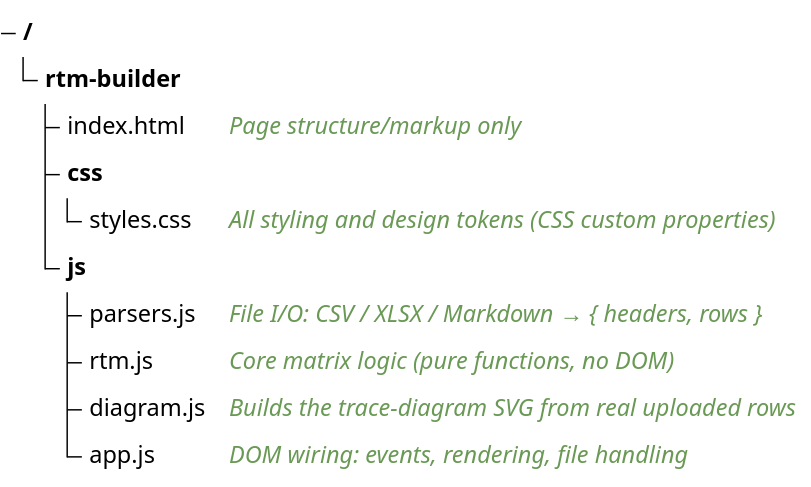
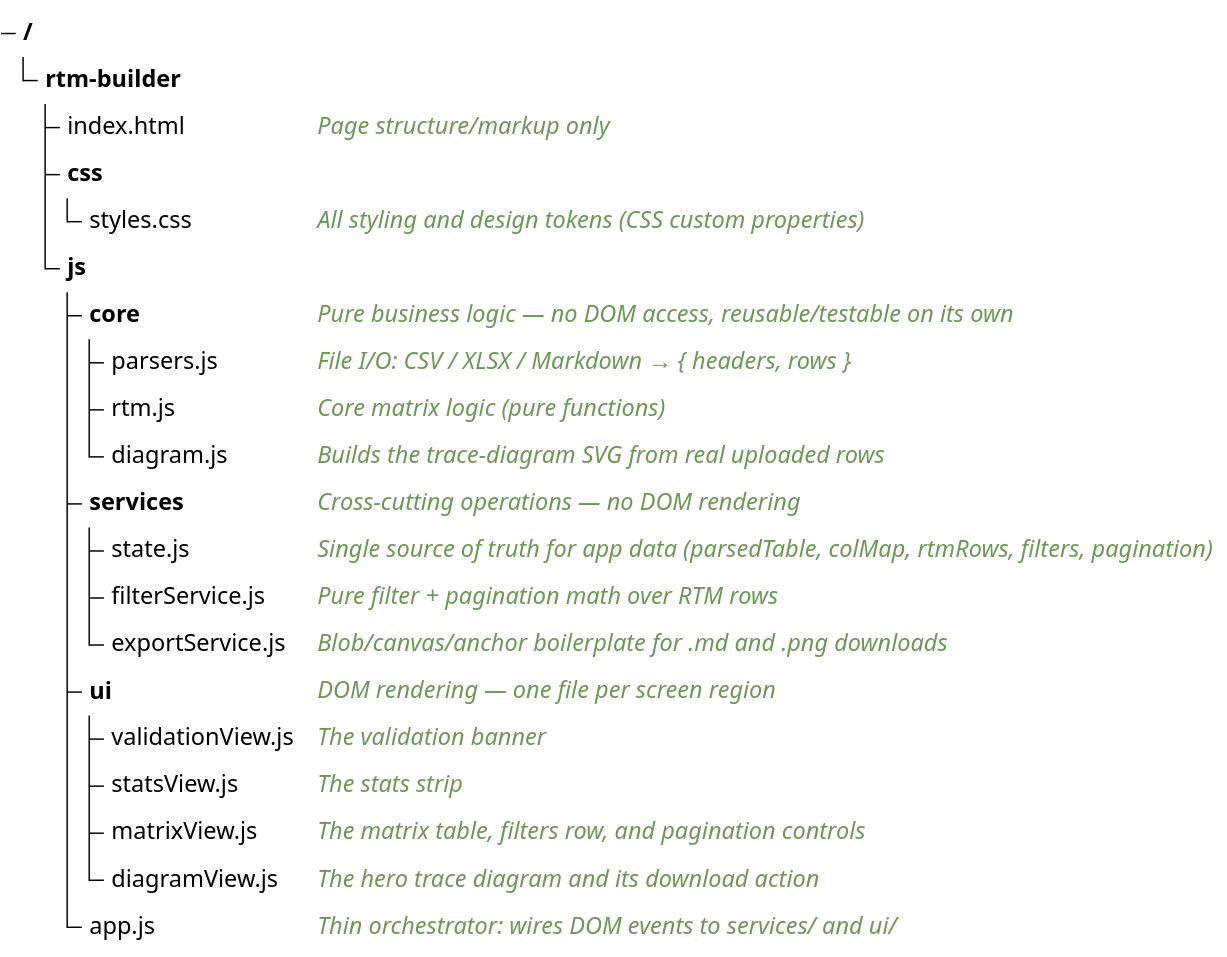
The diagram in README.md (sonramsiriratpde/rtm-builder), drawn with Mermaid before and after one commit. The commit also changed other lines of this file, not shown here.

````diff
--- a/README.md
+++ b/README.md
@@ -14,12 +14,22 @@
 ```mermaid
 treeView-beta
 rtm-builder/
     index.html ## Page structure/markup only
     css/
         styles.css ## All styling and design tokens (CSS custom properties)
     js/
-        parsers.js ## File I/O: CSV / XLSX / Markdown → { headers, rows }
-        rtm.js ## Core matrix logic (pure functions, no DOM)
-        diagram.js ## Builds the trace-diagram SVG from real uploaded rows
-        app.js ## DOM wiring: events, rendering, file handling
+        core/ ## Pure business logic — no DOM access, reusable/testable on its own
+            parsers.js ## File I/O: CSV / XLSX / Markdown → { headers, rows }
+            rtm.js ## Core matrix logic (pure functions)
+            diagram.js ## Builds the trace-diagram SVG from real uploaded rows
+        services/ ## Cross-cutting operations — no DOM rendering
+            state.js ## Single source of truth for app data (parsedTable, colMap, rtmRows, filters, pagination)
+            filterService.js ## Pure filter + pagination math over RTM rows
+            exportService.js ## Blob/canvas/anchor boilerplate for .md and .png downloads
+        ui/ ## DOM rendering — one file per screen region
+            validationView.js ## The validation banner
+            statsView.js ## The stats strip
+            matrixView.js ## The matrix table, filters row, and pagination controls
+            diagramView.js ## The hero trace diagram and its download action
+        app.js ## Thin orchestrator: wires DOM events to services/ and ui/
 ```
````
